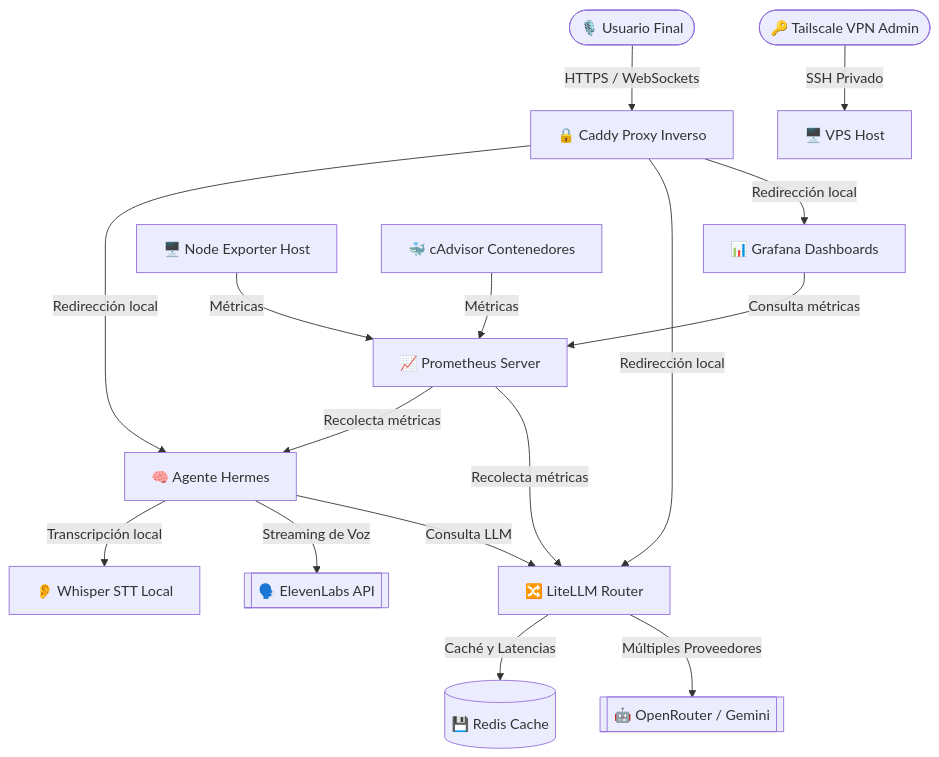
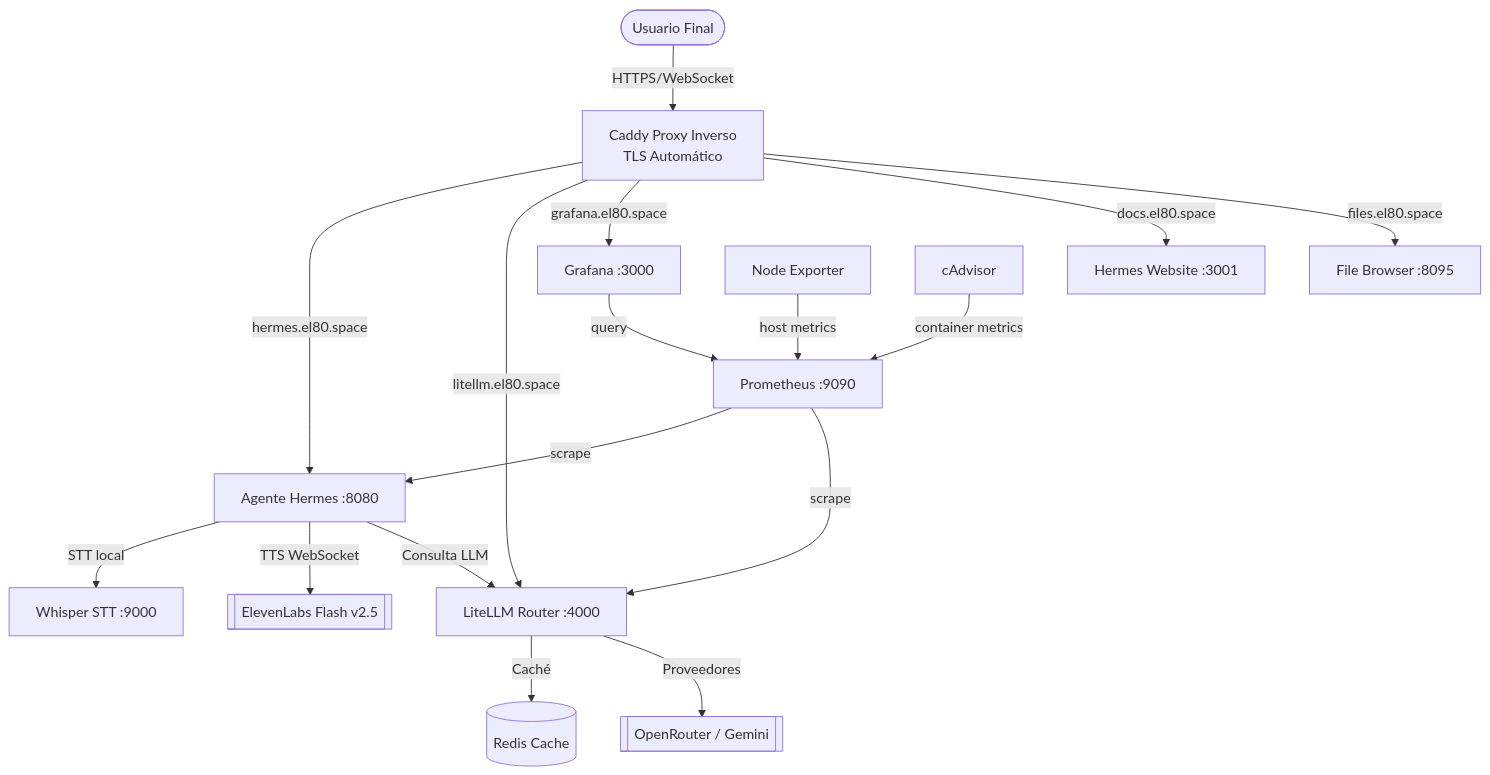
Before and after one commit to erikjosehrnndz-crypto/hermes-stack: the first of 3 diagrams in README.md, drawn with Mermaid. The commit also changed other lines of this file, not shown here.

First line of the commit message:
Docs: actualizar README con 10 contenedores, nuevos servicios y estructura limpia

````diff
--- a/README.md
+++ b/README.md
@@ -25,26 +23,27 @@
 ```mermaid
 flowchart TD
-    %% Elementos de Entrada
-    User([🎙️ Usuario Final]) -- HTTPS / WebSockets --> Caddy[🔒 Caddy Proxy Inverso]
-    VPN([🔑 Tailscale VPN Admin]) -- SSH Privado --> Host[🖥️ VPS Host]
+    %% Entrada de usuarios
+    User([Usuario Final]) -- HTTPS/WebSocket --> Caddy[Caddy Proxy Inverso\nTLS Automático]
 
-    %% Flujos del Proxy Inverso
-    Caddy -- Redirección local --> Hermes[🧠 Agente Hermes]
-    Caddy -- Redirección local --> LiteLLM[🔀 LiteLLM Router]
-    Caddy -- Redirección local --> Grafana[📊 Grafana Dashboards]
+    %% Rutas del proxy
+    Caddy -- hermes.el80.space    --> Hermes[Agente Hermes :8080]
+    Caddy -- litellm.el80.space   --> LiteLLM[LiteLLM Router :4000]
+    Caddy -- grafana.el80.space   --> Grafana[Grafana :3000]
+    Caddy -- docs.el80.space      --> Website[Hermes Website :3001]
+    Caddy -- files.el80.space     --> FileBrowser[File Browser :8095]
 
-    %% Flujos de Ejecución Core
-    Hermes -- Transcripción local --> Whisper[👂 Whisper STT Local]
-    Hermes -- Streaming de Voz --> ElevenLabs[[🗣️ ElevenLabs API]]
-    Hermes -- Consulta LLM --> LiteLLM
+    %% Pipeline de voz
+    Hermes -- STT local      --> Whisper[Whisper STT :9000]
+    Hermes -- TTS WebSocket  --> ElevenLabs[[ElevenLabs Flash v2.5]]
+    Hermes -- Consulta LLM   --> LiteLLM
 
-    %% Flujos del Enrutador
-    LiteLLM -- Caché y Latencias --> Redis[(💾 Redis Cache)]
-    LiteLLM -- Múltiples Proveedores --> IA[[🤖 OpenRouter / Gemini]]
+    %% LiteLLM
+    LiteLLM -- Caché      --> Redis[(Redis Cache)]
+    LiteLLM -- Proveedores --> IA[[OpenRouter / Gemini]]
 
-    %% Flujos de Monitoreo
-    Prometheus[📈 Prometheus Server] -- Recolecta métricas --> Hermes & LiteLLM
-    NodeExporter[🖥️ Node Exporter Host] -- Métricas --> Prometheus
-    cAdvisor[🐳 cAdvisor Contenedores] -- Métricas --> Prometheus
-    Grafana -- Consulta métricas --> Prometheus
+    %% Observabilidad
+    Prometheus[Prometheus :9090] -- scrape --> Hermes & LiteLLM
+    NodeExporter[Node Exporter]  -- host metrics --> Prometheus
+    cAdvisor[cAdvisor]           -- container metrics --> Prometheus
+    Grafana                      -- query --> Prometheus
 ```
````
